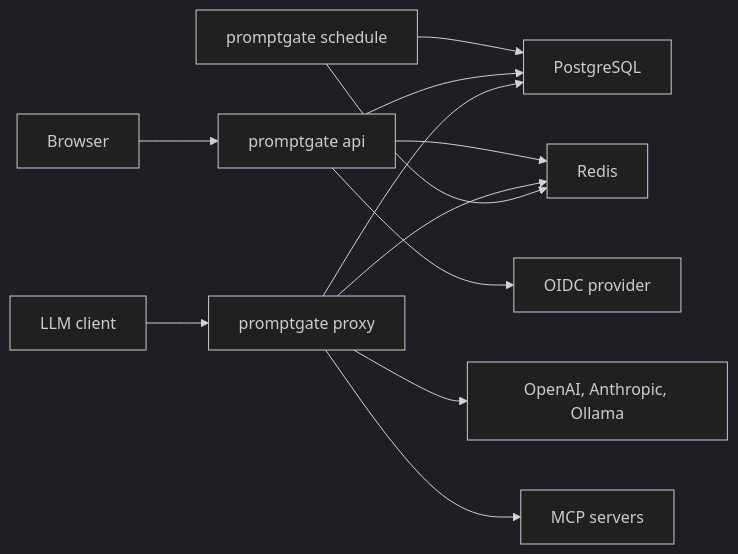
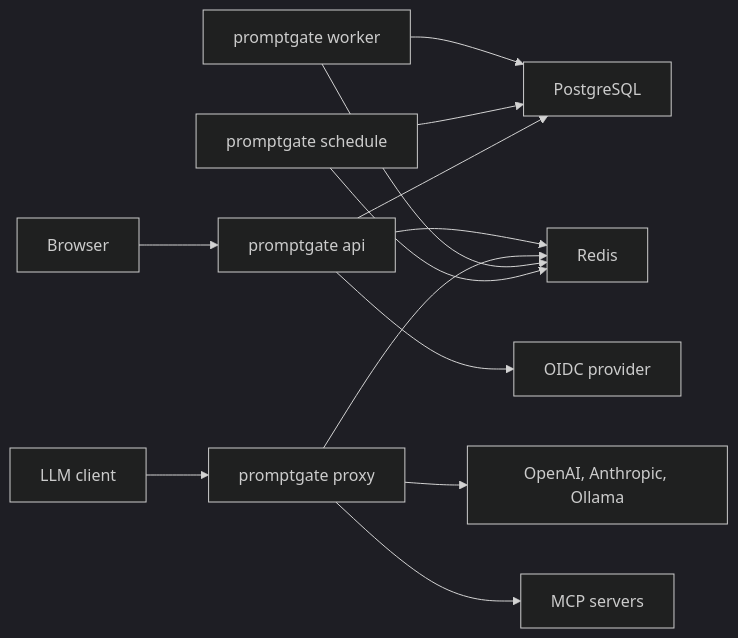
One commit to thomas-illiet/prompt-gate changed the diagram in README.md. Above: the diagram before and after it, drawn with Mermaid (dark theme). The commit also changed other lines of this file and 26 other files, not shown here.

Commit message:
feat: add redis-backed usage worker

````diff
--- a/README.md
+++ b/README.md
@@ -95,14 +100,15 @@
 ```mermaid
 flowchart LR
     Browser["Browser"] --> API["promptgate api"]
     Client["LLM client"] --> Proxy["promptgate proxy"]
+    Worker["promptgate worker"] --> Postgres["PostgreSQL"]
     Schedule["promptgate schedule"] --> Postgres["PostgreSQL"]
     API --> Postgres
-    Proxy --> Postgres
     API --> Redis["Redis"]
     Proxy --> Redis
+    Worker --> Redis
     Schedule --> Redis
     API --> OIDC["OIDC provider"]
     Proxy --> Providers["OpenAI, Anthropic, Ollama"]
     Proxy --> MCP["MCP servers"]
 ```
````
